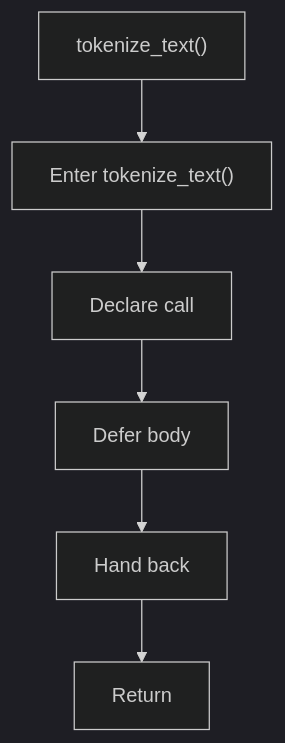
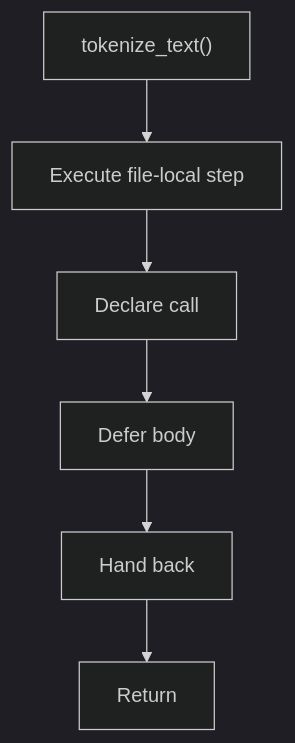
One commit to JohnAndrewBalbarosa/NeoTerritory changed the diagram in docs/Codebase/Microservice/Modules/Header/SyntacticBrokenAST/Trees/Actual/Internal/Flow/functions/tokenize_text.hpp.md. Above: the diagram before and after it, drawn with Mermaid (dark theme). The commit also changed other lines of this file and 925 other files, not shown here.

````diff
--- a/docs/Codebase/Microservice/Modules/Header/SyntacticBrokenAST/Trees/Actual/Internal/Flow/functions/tokenize_text.hpp.md
+++ b/docs/Codebase/Microservice/Modules/Header/SyntacticBrokenAST/Trees/Actual/Internal/Flow/functions/tokenize_text.hpp.md
@@ -16,14 +16,14 @@
 ```mermaid
 flowchart TD
     Start["tokenize_text()"]
-    N0["Enter tokenize_text()"]
+    N0["Execute file-local step"]
     N1["Declare call"]
     N2["Defer body"]
     N3["Hand back"]
     End["Return"]
     Start --> N0
     N0 --> N1
     N1 --> N2
     N2 --> N3
     N3 --> End
 ```
````
